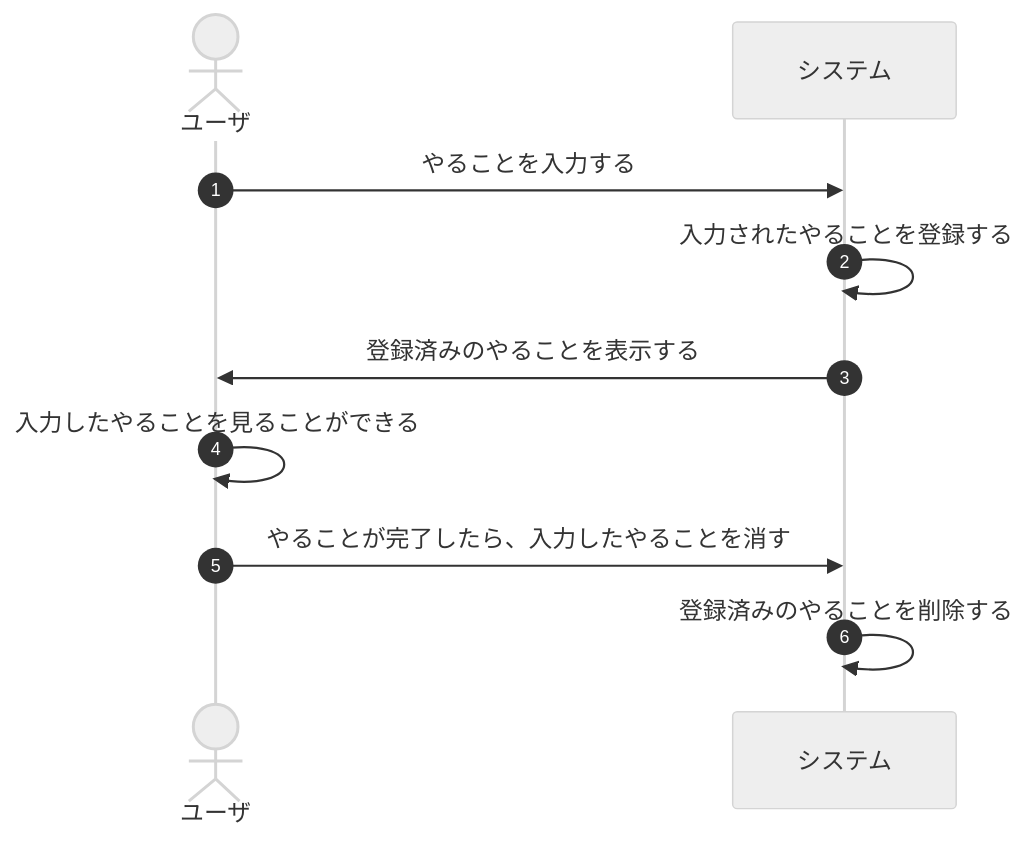
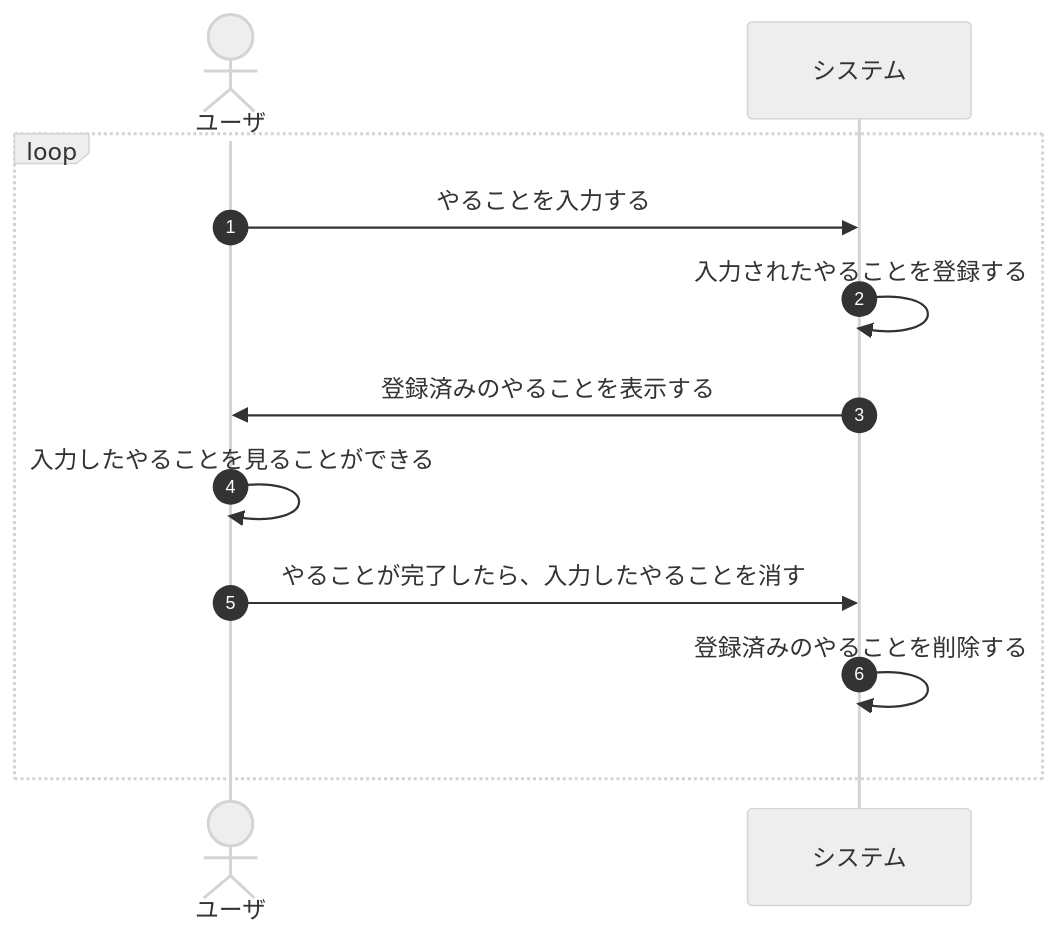
The diagram in docs/run-in-console/base-app-1.md (oktntko/playground-todo), drawn with Mermaid (neutral theme) before and after one commit. The commit also changed other lines of this file and 12 other files, not shown here.

````diff
--- a/docs/run-in-console/base-app-1.md
+++ b/docs/run-in-console/base-app-1.md
@@ -66,15 +65,18 @@
 ```mermaid
 sequenceDiagram
-    autonumber
-    actor ユーザ
-    participant system as システム
+  autonumber
+  actor ユーザ
+  participant system as システム
+
+  loop ;;
 
     ユーザ ->> system: やることを入力する
     system ->> system: 入力されたやることを登録する
 
     system ->> ユーザ: 登録済みのやることを表示する
     ユーザ ->> ユーザ: 入力したやることを見ることができる
 
     ユーザ ->> system: やることが完了したら、入力したやることを消す
     system ->> system: 登録済みのやることを削除する
+  end
 ```
````
